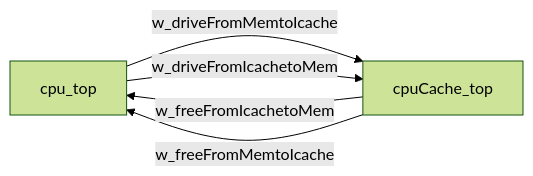
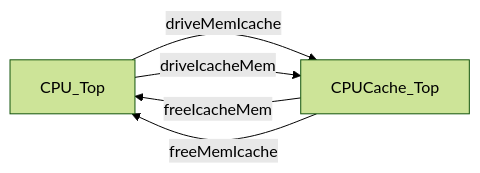
The second of 3 diagrams in docs/manuals/CPUwithCache.md (qcjjsyx/code_helper), drawn with Mermaid (forest theme) before and after one commit. The commit also changed other lines of this file and 2 other files, not shown here.

````diff
--- a/docs/manuals/CPUwithCache.md
+++ b/docs/manuals/CPUwithCache.md
@@ -84,7 +89,7 @@
 ```mermaid
 graph LR
-  B[cpu_top] -->|w_driveFromMemtoIcache| C[cpuCache_top]
-  C -->|w_freeFromIcachetoMem| B
-  B -->|w_driveFromIcachetoMem| C
-  C -->|w_freeFromMemtoIcache| B
+  B[CPU_Top] -->|driveMemIcache| C[CPUCache_Top]
+  C -->|freeIcacheMem| B
+  B -->|driveIcacheMem| C
+  C -->|freeMemIcache| B
 ```
````
